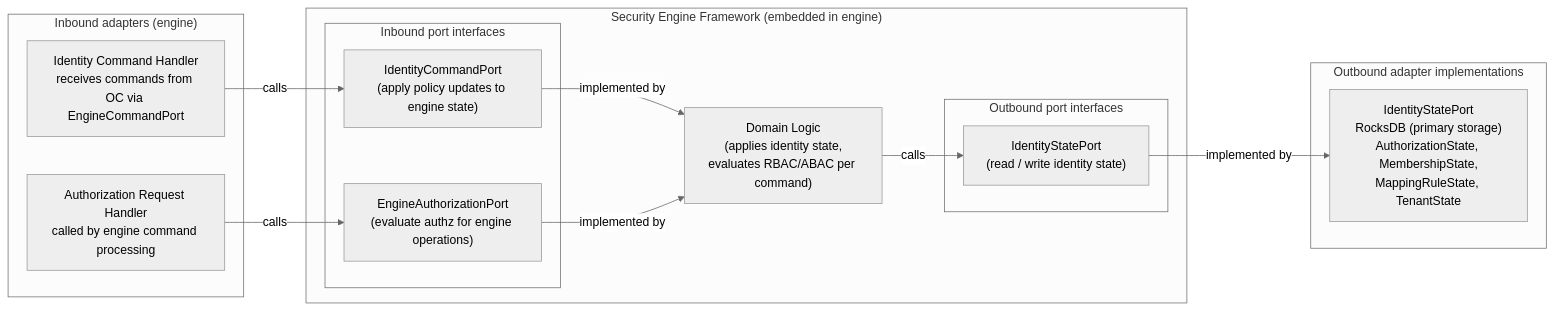
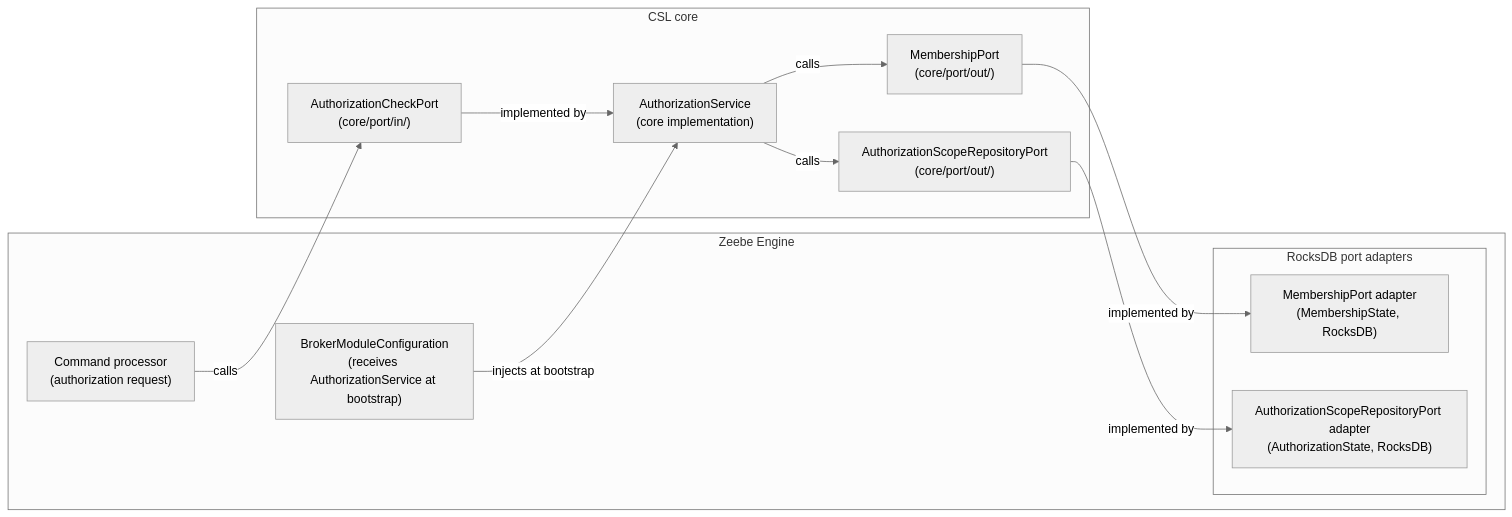
Before and after one commit to camunda/camunda-security-library: diagram 11 of 20 in docs/architecture_docs.md, drawn with Mermaid (neutral theme). The commit also changed other lines of this file, not shown here.

First line of the commit message:
docs: update section 5.5 to reflect ADR-0028 engine authz integration

````diff
--- a/docs/architecture_docs.md
+++ b/docs/architecture_docs.md
@@ -1117,28 +1119,25 @@
 ```mermaid
 graph LR
-  subgraph EXT_IN_SEF["Inbound adapters (engine)"]
-    CMD_IN["Identity Command Handler</br>receives commands from OC via EngineCommandPort"]
-    AUTHZ_IN["Authorization Request Handler</br>called by engine command processing"]
-  end
-
-  subgraph SEF["Security Engine Framework (embedded in engine)"]
-    subgraph IN_PORTS_SEF["Inbound port interfaces"]
-      ICP["IdentityCommandPort</br>(apply policy updates to engine state)"]
-      EAP["EngineAuthorizationPort</br>(evaluate authz for engine operations)"]
-    end
-    SEF_LOGIC["Domain Logic</br>(applies identity state,</br>evaluates RBAC/ABAC per command)"]
-    subgraph OUT_PORTS_SEF["Outbound port interfaces"]
-      ISP["IdentityStatePort</br>(read / write identity state)"]
+  subgraph ENGINE["Zeebe Engine"]
+    CMD_PROC["Command processor</br>(authorization request)"]
+    BC["BrokerModuleConfiguration</br>(receives AuthorizationService at bootstrap)"]
+    subgraph ADAPTERS["RocksDB port adapters"]
+      MP_I["MembershipPort adapter</br>(MembershipState, RocksDB)"]
+      ASRP_I["AuthorizationScopeRepositoryPort adapter</br>(AuthorizationState, RocksDB)"]
     end
   end
 
-  subgraph EXT_OUT_SEF["Outbound adapter implementations"]
-    ROCKS["IdentityStatePort</br>RocksDB (primary storage)</br>AuthorizationState, MembershipState,</br>MappingRuleState, TenantState"]
+  subgraph CSL_CORE["CSL core"]
+    ACP["AuthorizationCheckPort</br>(core/port/in/)"]
+    AS["AuthorizationService</br>(core implementation)"]
+    MP["MembershipPort</br>(core/port/out/)"]
+    ASRP["AuthorizationScopeRepositoryPort</br>(core/port/out/)"]
   end
 
-  CMD_IN -->|"calls"| ICP
-  AUTHZ_IN -->|"calls"| EAP
-  ICP & EAP -->|"implemented by"| SEF_LOGIC
-  SEF_LOGIC -->|"calls"| ISP
-  ISP -->|"implemented by"| ROCKS
+  BC -->|"injects at bootstrap"| AS
+  CMD_PROC -->|"calls"| ACP
+  ACP -->|"implemented by"| AS
+  AS -->|"calls"| MP & ASRP
+  MP -->|"implemented by"| MP_I
+  ASRP -->|"implemented by"| ASRP_I
 ```
````
